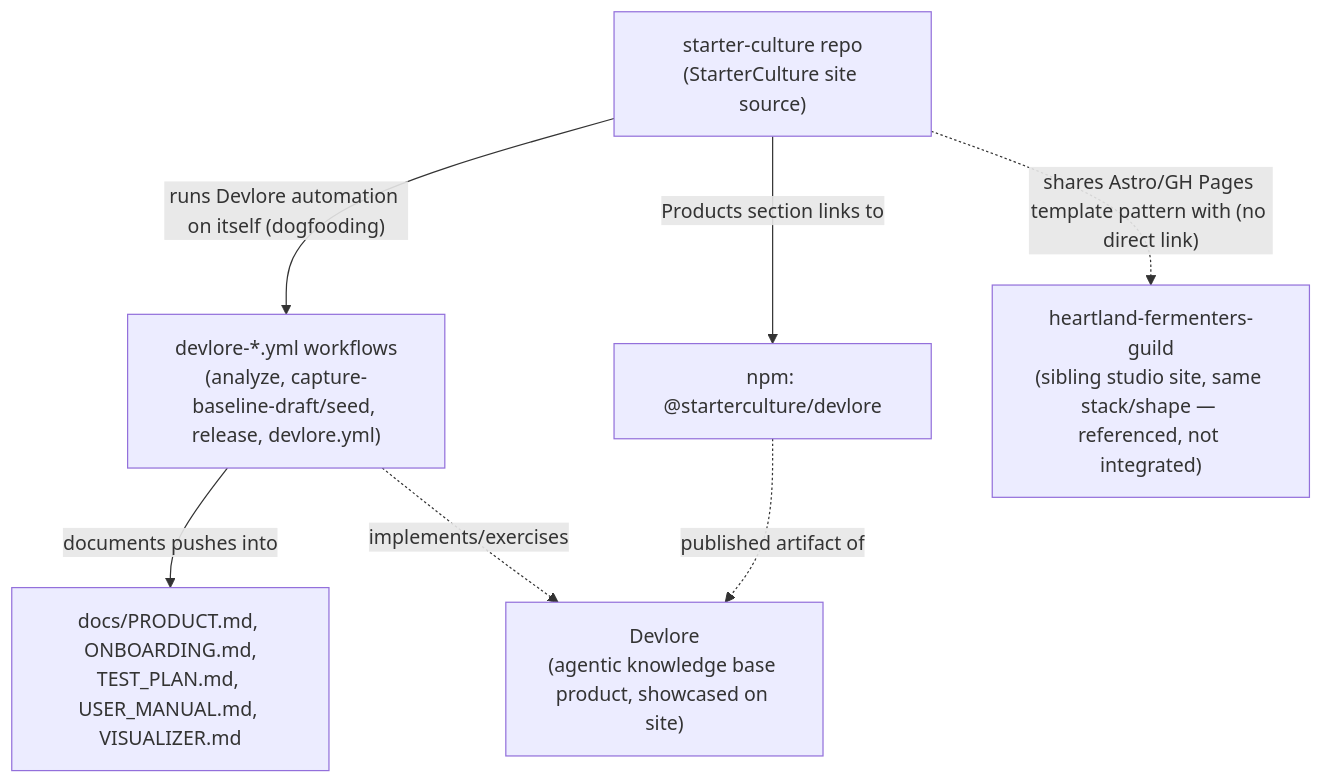
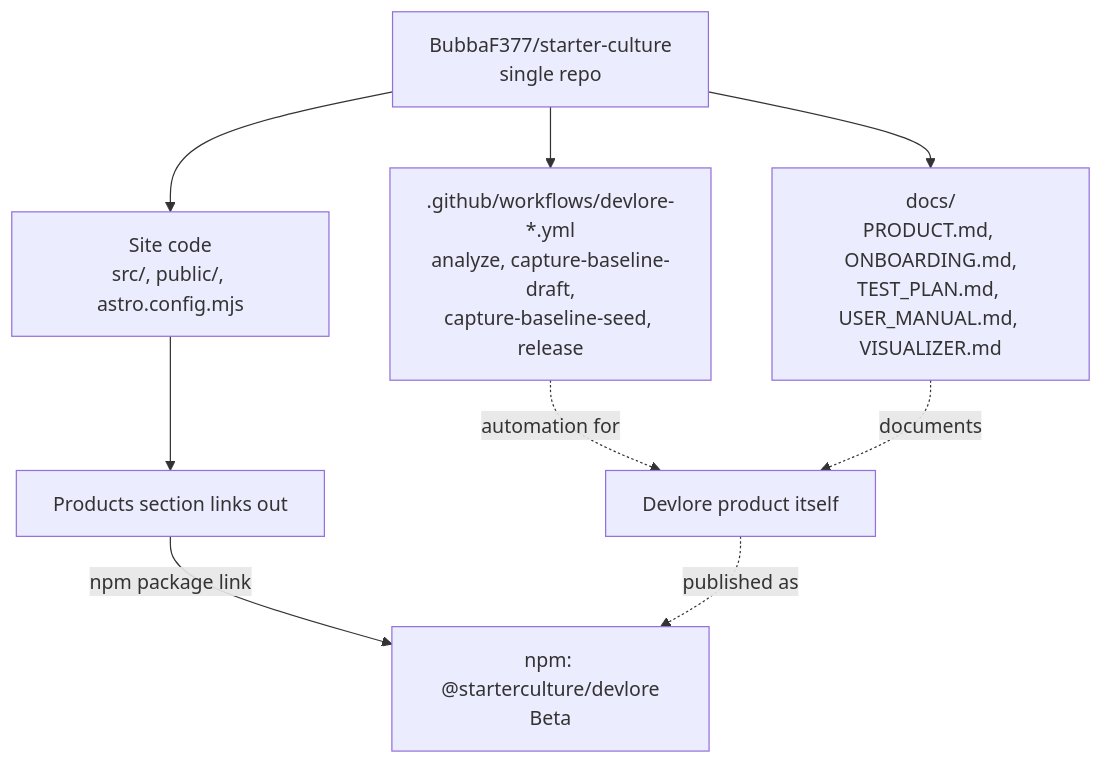
Before and after one commit to BubbaF377/starter-culture: the third of 3 diagrams in docs/VISUALIZER.md, drawn with Mermaid. The commit also changed other lines of this file, not shown here.

Commit message:
Update visualizer (requirements changed): starter-culture

````diff
--- a/docs/VISUALIZER.md
+++ b/docs/VISUALIZER.md
@@ -72,16 +63,13 @@
 ```mermaid
 graph TD
-    ThisRepo["starter-culture repo<br/>(StarterCulture site source)"]
-    DevloreWorkflows["devlore-*.yml workflows<br/>(analyze, capture-baseline-draft/seed, release, devlore.yml)"]
-    DevloreProduct["Devlore<br/>(agentic knowledge base product, showcased on site)"]
-    DevloreDocs["docs/PRODUCT.md, ONBOARDING.md,<br/>TEST_PLAN.md, USER_MANUAL.md, VISUALIZER.md"]
-    NpmPkg["npm: @starterculture/devlore"]
-    Sibling["heartland-fermenters-guild<br/>(sibling studio site, same stack/shape — referenced, not integrated)"]
+    Repo[BubbaF377/starter-culture<br/>single repo] --> SiteCode[Site code<br/>src/, public/, astro.config.mjs]
+    Repo --> DevloreDocs[docs/<br/>PRODUCT.md, ONBOARDING.md,<br/>TEST_PLAN.md, USER_MANUAL.md, VISUALIZER.md]
+    Repo --> DevloreWorkflows[.github/workflows/devlore-*.yml<br/>analyze, capture-baseline-draft,<br/>capture-baseline-seed, release]
 
-    ThisRepo -- "runs Devlore automation on itself (dogfooding)" --> DevloreWorkflows
-    DevloreWorkflows -- "documents pushes into" --> DevloreDocs
-    DevloreWorkflows -. "implements/exercises" .-> DevloreProduct
-    ThisRepo -- "Products section links to" --> NpmPkg
-    NpmPkg -. "published artifact of" .-> DevloreProduct
-    ThisRepo -. "shares Astro/GH Pages template pattern with (no direct link)" .-> Sibling
+    SiteCode --> ProductsSection[Products section links out]
+    ProductsSection -->|npm package link| DevloreNPM[npm: @starterculture/devlore<br/>Beta]
+
+    DevloreWorkflows -. automation for .-> DevloreProduct[Devlore product itself]
+    DevloreDocs -. documents .-> DevloreProduct
+    DevloreProduct -. published as .-> DevloreNPM
 ```
````
